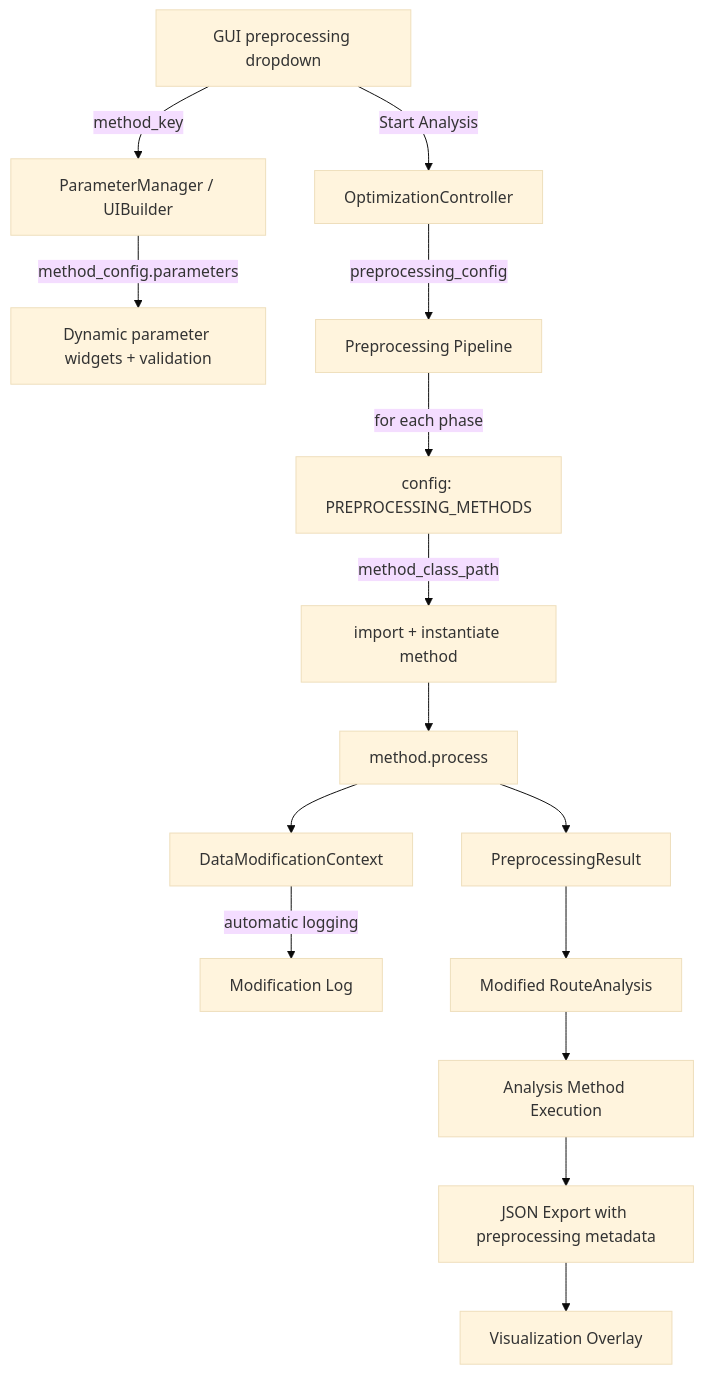
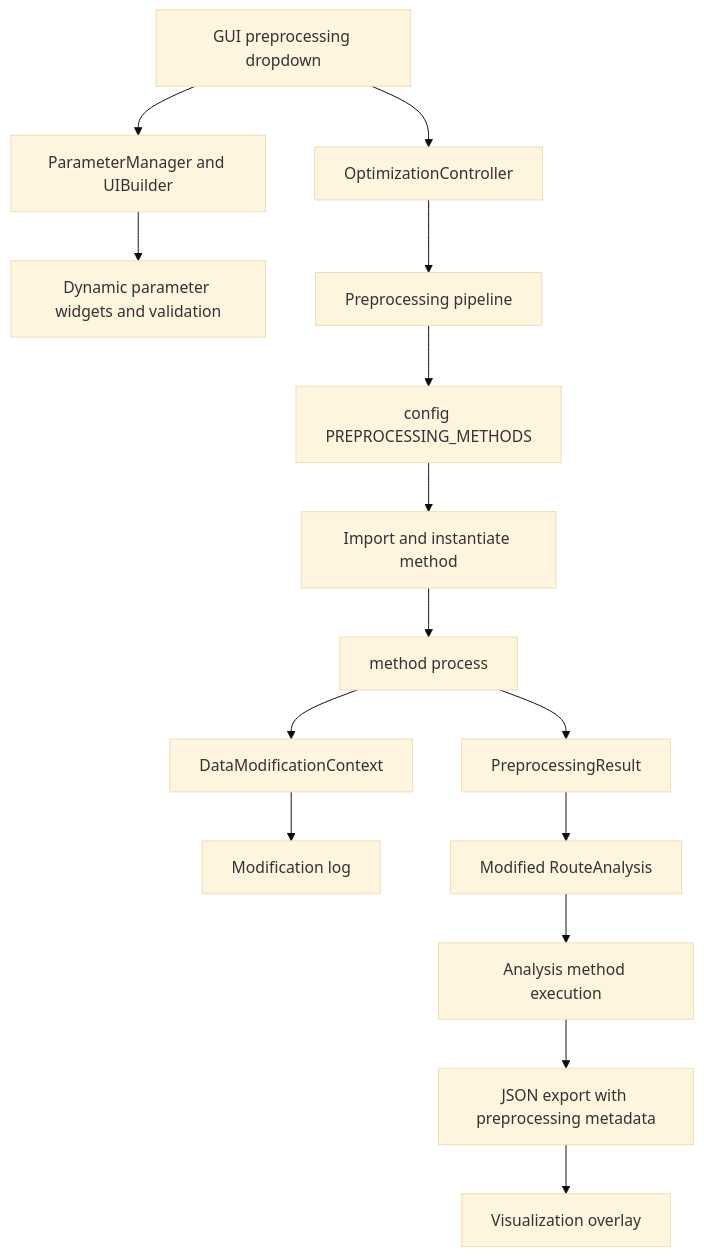
One commit to eperrone-pers/highway_segmentation_tool changed the first of 2 diagrams in docs/configuring_new_preprocessing_method.md. Above: the diagram before and after it, drawn with Mermaid (base theme). The commit also changed other lines of this file and 15 other files, not shown here.

````diff
--- a/docs/configuring_new_preprocessing_method.md
+++ b/docs/configuring_new_preprocessing_method.md
@@ -289,22 +273,17 @@
 ```mermaid
 flowchart TD
-    GUI[GUI preprocessing dropdown] -->|method_key| PM[ParameterManager / UIBuilder]
-    PM -->|method_config.parameters| UI[Dynamic parameter widgets + validation]
-
-    GUI -->|Start Analysis| OC[OptimizationController]
-    OC -->|preprocessing_config| PP[Preprocessing Pipeline]
-    
-    PP -->|for each phase| CFG[config: PREPROCESSING_METHODS]
-    CFG -->|method_class_path| IMPORT[import + instantiate method]
-    IMPORT --> CALL[method.process]
-    
-    CALL --> CTX[DataModificationContext]
-    CTX -->|automatic logging| MOD[Modification Log]
-    
-    CALL --> PR[PreprocessingResult]
-    PR --> RA[Modified RouteAnalysis]
-    
-    RA --> ANALYSIS[Analysis Method Execution]
-    ANALYSIS --> JSON[JSON Export with preprocessing metadata]
-    JSON --> VIZ[Visualization Overlay]
+  GUI["GUI preprocessing dropdown"] --> PM["ParameterManager and UIBuilder"];
+  PM --> UI["Dynamic parameter widgets and validation"];
+  GUI --> OC["OptimizationController"];
+  OC --> PP["Preprocessing pipeline"];
+  PP --> CFG["config PREPROCESSING_METHODS"];
+  CFG --> IMPORT["Import and instantiate method"];
+  IMPORT --> CALL["method process"];
+  CALL --> CTX["DataModificationContext"];
+  CTX --> MOD["Modification log"];
+  CALL --> PR["PreprocessingResult"];
+  PR --> RA["Modified RouteAnalysis"];
+  RA --> ANALYSIS["Analysis method execution"];
+  ANALYSIS --> JSON["JSON export with preprocessing metadata"];
+  JSON --> VIZ["Visualization overlay"];
 ```
````
